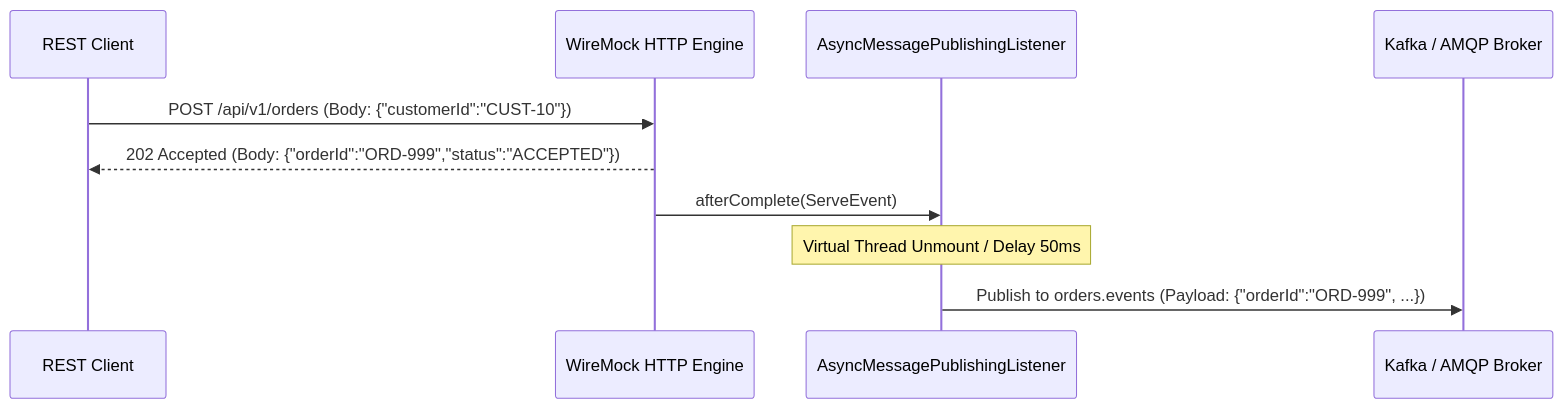
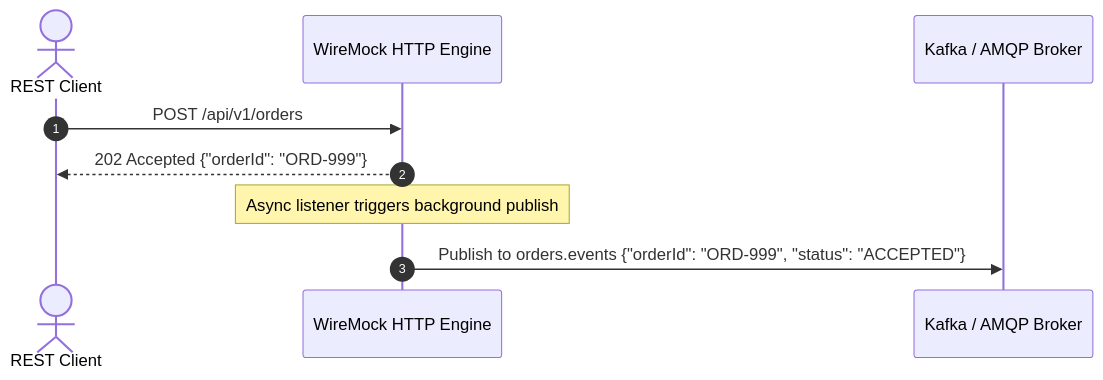
The seventh of 8 diagrams in wiremock-extension-async/README.md (mattiasgreen/wiremock-extensions), drawn with Mermaid before and after one commit. The commit also changed other lines of this file and 17 other files, not shown here.

````diff
--- a/wiremock-extension-async/README.md
+++ b/wiremock-extension-async/README.md
@@ -182,13 +140,12 @@
 ```mermaid
 sequenceDiagram
-    participant Client as REST Client
-    participant HTTP as WireMock HTTP Engine
-    participant Listener as AsyncMessagePublishingListener
+    autonumber
+    actor Client as REST Client
+    participant WM as WireMock HTTP Engine
     participant Broker as Kafka / AMQP Broker
 
-    Client->>HTTP: POST /api/v1/orders (Body: {"customerId":"CUST-10"})
-    HTTP-->>Client: 202 Accepted (Body: {"orderId":"ORD-999","status":"ACCEPTED"})
-    HTTP->>Listener: afterComplete(ServeEvent)
-    Note over Listener: Virtual Thread Unmount / Delay 50ms
-    Listener->>Broker: Publish to orders.events (Payload: {"orderId":"ORD-999", ...})
+    Client->>WM: POST /api/v1/orders
+    WM-->>Client: 202 Accepted {"orderId": "ORD-999"}
+    Note over WM: Async listener triggers background publish
+    WM->>Broker: Publish to orders.events {"orderId": "ORD-999", "status": "ACCEPTED"}
 ```
````
